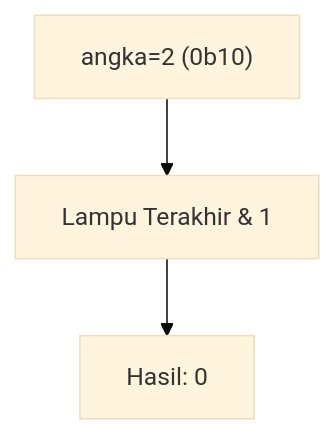
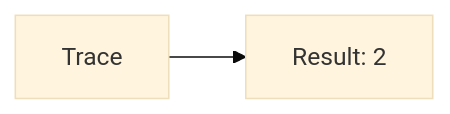
One commit to amnahwaida/OSNK_INF_PREP changed the sixth of 25 diagrams in part-c-pemahaman-cpp/06-bitwise/latihan/set-01.md. Above: the diagram before and after it, drawn with Mermaid (base theme). The commit also changed other lines of this file and 71 other files, not shown here.

````diff
--- a/part-c-pemahaman-cpp/06-bitwise/latihan/set-01.md
+++ b/part-c-pemahaman-cpp/06-bitwise/latihan/set-01.md
@@ -102,5 +127,4 @@
 ```mermaid
-graph TD
-A["angka=2 (0b10)"] --> B["Lampu Terakhir & 1"]
-B --> C["Hasil: 0"]
+graph LR
+A[Trace] --> B[Result: 2]
 ```
````
